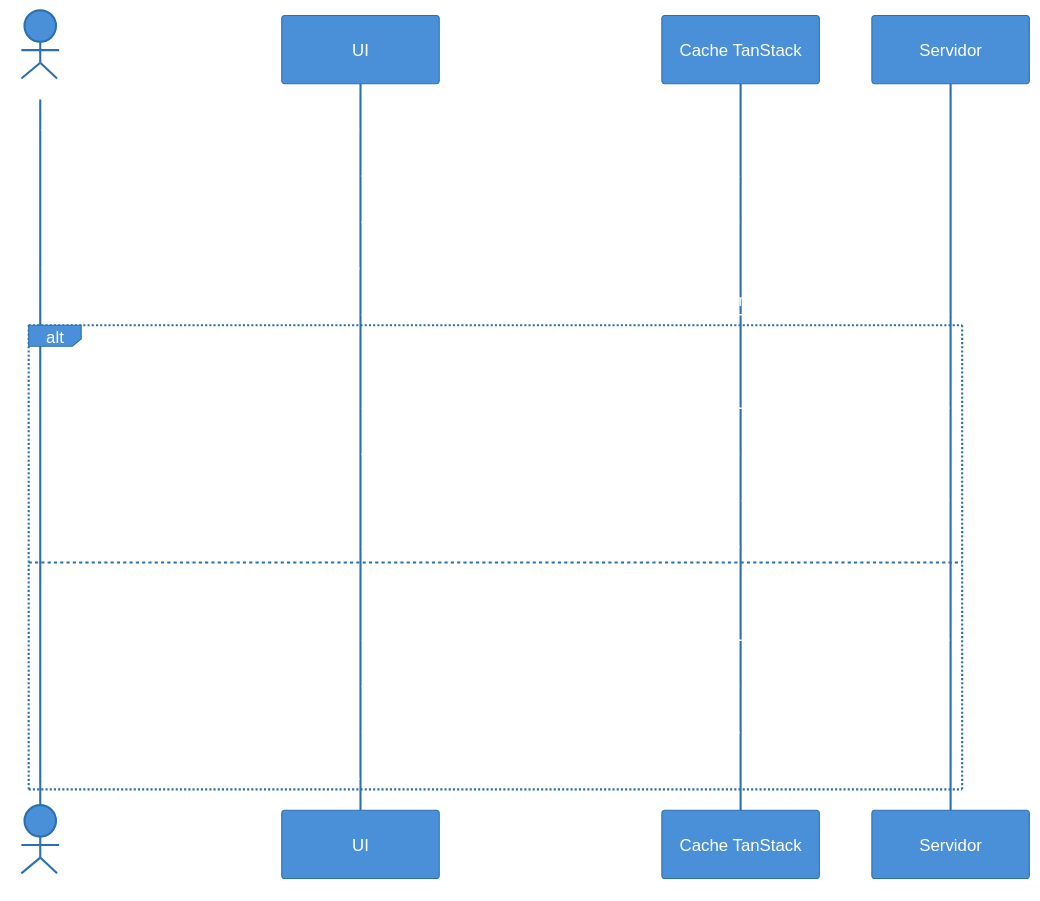
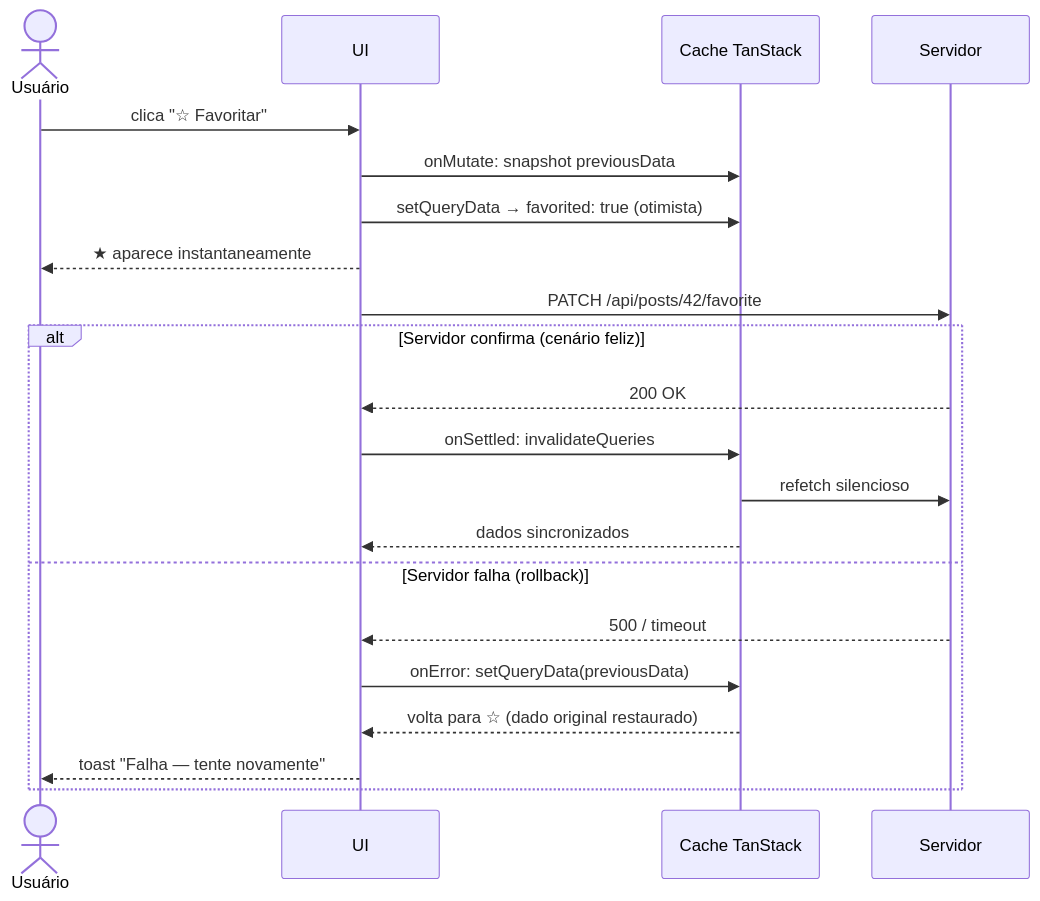
One commit to josenaldo/codex-technomanticus changed the diagram in 03-Dominios/Tecnologia/React/Ecossistema/05 - TanStack Query II - mutations e optimistic updates.md. Above: the diagram before and after it, drawn with Mermaid. The commit also changed 1181 other files, not shown here.

First line of the commit message:
fix(diagramas): paleta do sistema no lugar de cor cravada no markdown

````diff
--- a/03-Dominios/Tecnologia/React/Ecossistema/05 - TanStack Query II - mutations e optimistic updates.md
+++ b/03-Dominios/Tecnologia/React/Ecossistema/05 - TanStack Query II - mutations e optimistic updates.md
@@ -185,26 +185,25 @@
 ```mermaid
-%%{init: {"theme": "base", "themeVariables": {"primaryColor": "#4A90D9", "primaryTextColor": "#fff", "primaryBorderColor": "#2c6fad", "edgeLabelBackground": "#f8f8f8", "secondaryColor": "#F5A623", "tertiaryColor": "#27AE60"}}}%%
 sequenceDiagram
     actor Usuário
     participant UI
     participant Cache as Cache TanStack
     participant API as Servidor
 
     Usuário->>UI: clica "☆ Favoritar"
     UI->>Cache: onMutate: snapshot previousData
     UI->>Cache: setQueryData → favorited: true (otimista)
     UI-->>Usuário: ★ aparece instantaneamente
     UI->>API: PATCH /api/posts/42/favorite
 
     alt Servidor confirma (cenário feliz)
         API-->>UI: 200 OK
         UI->>Cache: onSettled: invalidateQueries
         Cache->>API: refetch silencioso
         Cache-->>UI: dados sincronizados
     else Servidor falha (rollback)
         API-->>UI: 500 / timeout
         UI->>Cache: onError: setQueryData(previousData)
         Cache-->>UI: volta para ☆ (dado original restaurado)
         UI-->>Usuário: toast "Falha — tente novamente"
     end
 ```
````
